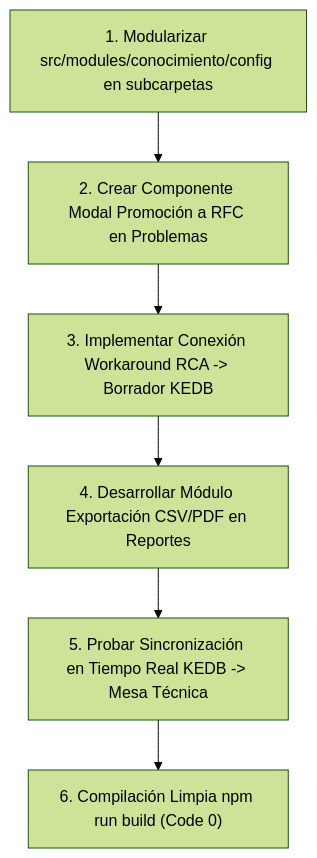
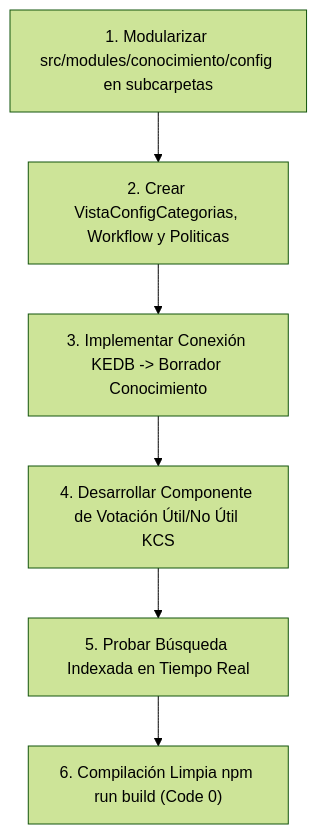
The diagram in DOCUMENTACIÓN/ASIGNACION_ALEXIS.md (Azure-2312/FlowDesk-Software-ITSM), drawn with Mermaid (forest theme) before and after one commit. The commit also changed other lines of this file and 4 other files, not shown here.

````diff
--- a/DOCUMENTACIÓN/ASIGNACION_ALEXIS.md
+++ b/DOCUMENTACIÓN/ASIGNACION_ALEXIS.md
@@ -135,8 +117,8 @@
 ```mermaid
 flowchart TD
-    A["1. Modularizar src/modules/conocimiento/config en subcarpetas"] --> B["2. Crear Componente Modal Promoción a RFC en Problemas"]
-    B --> C["3. Implementar Conexión Workaround RCA -> Borrador KEDB"]
-    C --> D["4. Desarrollar Módulo Exportación CSV/PDF en Reportes"]
-    D --> E["5. Probar Sincronización en Tiempo Real KEDB -> Mesa Técnica"]
+    A["1. Modularizar src/modules/conocimiento/config en subcarpetas"] --> B["2. Crear VistaConfigCategorias, Workflow y Politicas"]
+    B --> C["3. Implementar Conexión KEDB -> Borrador Conocimiento"]
+    C --> D["4. Desarrollar Componente de Votación Útil/No Útil KCS"]
+    D --> E["5. Probar Búsqueda Indexada en Tiempo Real"]
     E --> F["6. Compilación Limpia npm run build (Code 0)"]
 ```
````
